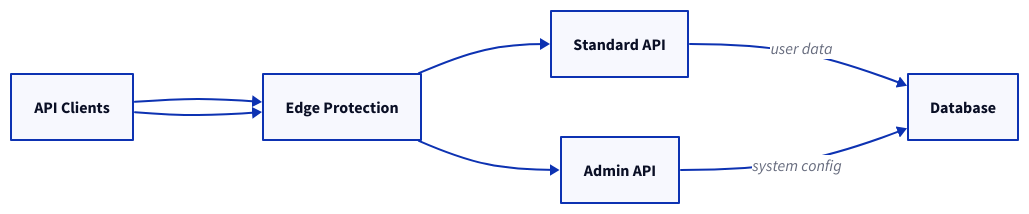
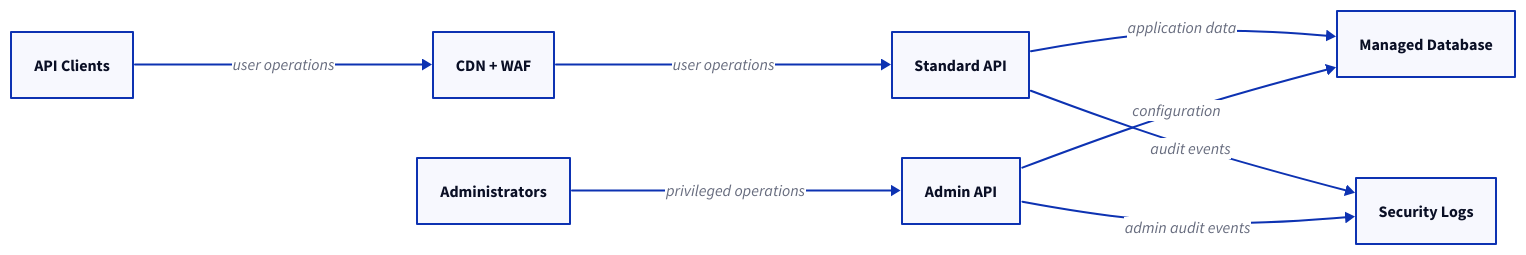
One commit to wagov-dtt/architecture-decision-records changed the diagram in reference-architectures/openapi-backends.md. Above: the diagram before and after it, drawn with D2. The commit also changed other lines of this file and 11 other files, not shown here.

````diff
--- a/reference-architectures/openapi-backends.md
+++ b/reference-architectures/openapi-backends.md
@@ -19,15 +27,18 @@
 ```d2
 direction: right
 
 clients: API Clients
-edge: Edge Protection
+edge: CDN + WAF
 api: Standard API
 admin: Admin API
-db: Database
+db: Managed Database
+logs: Security Logs
 
-clients -> edge -> api
-clients -> edge -> admin
-
-api -> db: user data
-admin -> db: system config
+clients -> edge -> api: user operations
+admins: Administrators
+admins -> admin: privileged operations
+api -> db: application data
+admin -> db: configuration
+api -> logs: audit events
+admin -> logs: admin audit events
 ```
````
